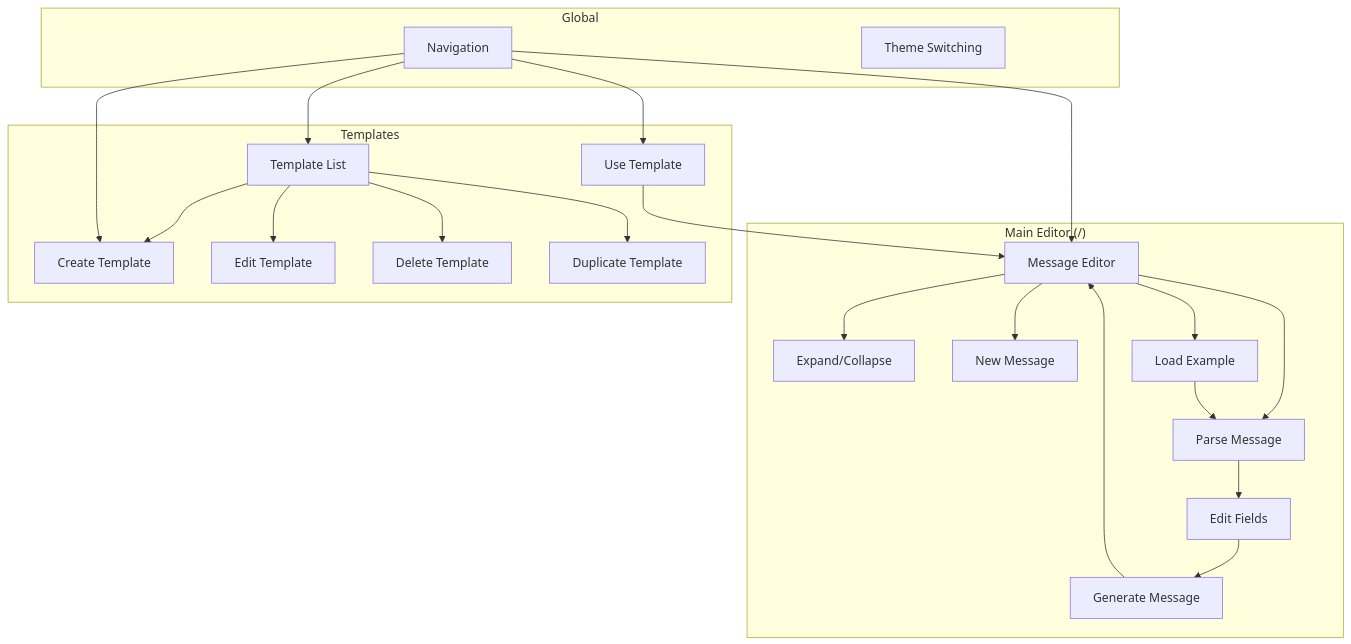
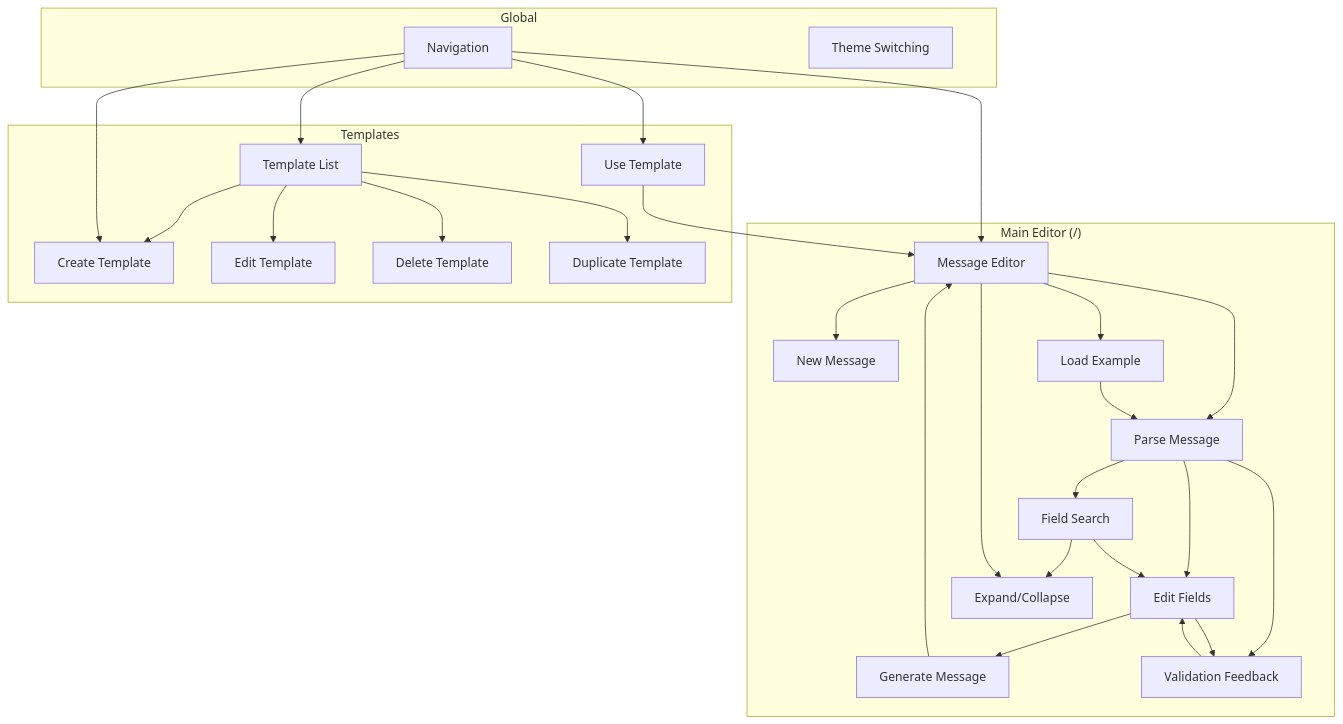
The diagram in docs/user-flows/README.md (sealsnipe/HL7_helper_web), drawn with Mermaid before and after one commit. The commit also changed other lines of this file and 8 other files, not shown here.

````diff
--- a/docs/user-flows/README.md
+++ b/docs/user-flows/README.md
@@ -35,47 +37,55 @@
 ```mermaid
 flowchart TD
     subgraph Main["Main Editor (/)"]
         ME[Message Editor]
         PARSE[Parse Message]
         EDIT[Edit Fields]
         GEN[Generate Message]
         EXP[Expand/Collapse]
         NEW[New Message]
         LOAD[Load Example]
+        SEARCH[Field Search]
+        VAL[Validation Feedback]
     end
 
     subgraph Templates["Templates"]
         TL[Template List]
         TC[Create Template]
         TE[Edit Template]
         TD[Delete Template]
         TDup[Duplicate Template]
         TU[Use Template]
     end
 
     subgraph Global["Global"]
         NAV[Navigation]
         THEME[Theme Switching]
     end
 
     ME --> PARSE
     PARSE --> EDIT
+    PARSE --> VAL
+    PARSE --> SEARCH
+    SEARCH --> EDIT
+    SEARCH --> EXP
+    VAL --> EDIT
     EDIT --> GEN
+    EDIT --> VAL
     ME --> EXP
     ME --> NEW
     ME --> LOAD
 
     TL --> TC
     TL --> TE
     TL --> TD
     TL --> TDup
     TU --> ME
 
     NAV --> ME
     NAV --> TL
     NAV --> TC
     NAV --> TU
 
     LOAD --> PARSE
     GEN --> ME
 ```
````
